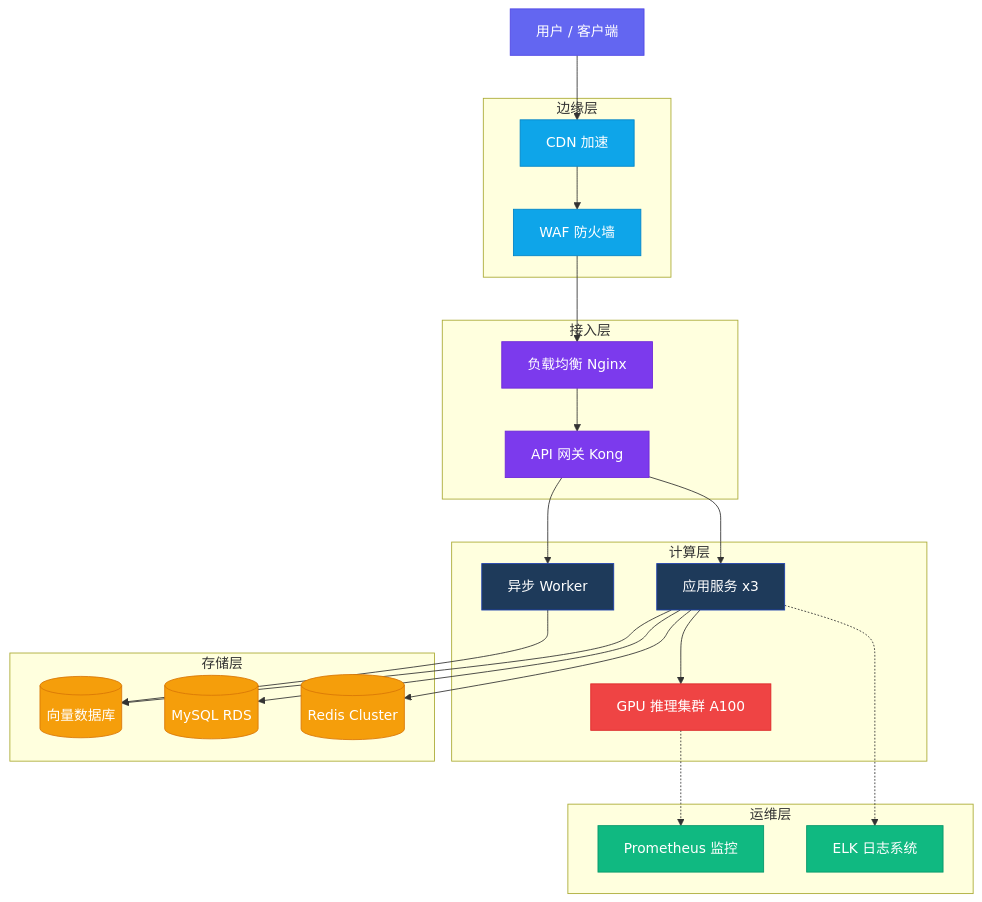
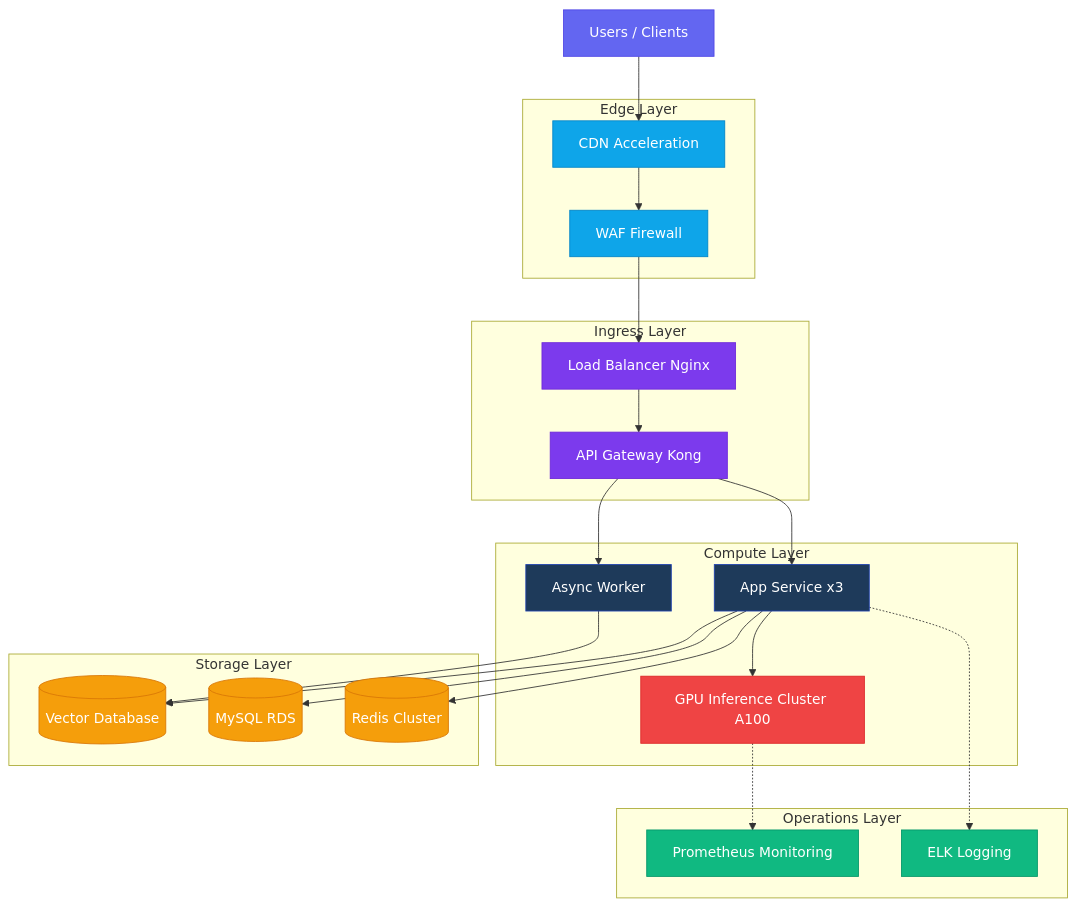
Before and after one commit to lohasle/diagram-architect.skill: the third of 4 diagrams in README.md, drawn with Mermaid. The commit also changed other lines of this file and 2 other files, not shown here.

````diff
--- a/README.md
+++ b/README.md
@@ -146,43 +148,43 @@
 ```mermaid
 flowchart TD
-    USERS["用户 / 客户端"]:::u
-    subgraph EDGE["边缘层"]
-        CDN["CDN 加速"]:::e
-        WAF["WAF 防火墙"]:::e
+    USERS["Users / Clients"]:::u
+    subgraph EDGE["Edge Layer"]
+        CDN["CDN Acceleration"]:::e
+        WAF["WAF Firewall"]:::e
     end
-    subgraph PLATFORM["接入层"]
-        LB["负载均衡 Nginx"]:::p
-        GW["API 网关 Kong"]:::p
+    subgraph PLATFORM["Ingress Layer"]
+        LB["Load Balancer Nginx"]:::p
+        GW["API Gateway Kong"]:::p
     end
-    subgraph COMPUTE["计算层"]
-        APP["应用服务 x3"]:::c
-        GPU["GPU 推理集群 A100"]:::gpu
-        WORKER["异步 Worker"]:::c
+    subgraph COMPUTE["Compute Layer"]
+        APP["App Service x3"]:::c
+        GPU["GPU Inference Cluster A100"]:::gpu
+        WORKER["Async Worker"]:::c
     end
-    subgraph INFRA["存储层"]
-        VDB[("向量数据库")]:::d
+    subgraph INFRA["Storage Layer"]
+        VDB[("Vector Database")]:::d
         RDS[("MySQL RDS")]:::d
         REDIS[("Redis Cluster")]:::d
     end
-    subgraph OPS["运维层"]
-        MON["Prometheus 监控"]:::o
-        LOG["ELK 日志系统"]:::o
+    subgraph OPS["Operations Layer"]
+        MON["Prometheus Monitoring"]:::o
+        LOG["ELK Logging"]:::o
     end
     USERS --> CDN --> WAF --> LB --> GW
     GW --> APP
     GW --> WORKER
     APP --> GPU
     APP --> VDB
     APP --> RDS
     APP --> REDIS
     WORKER --> VDB
     GPU -.-> MON
     APP -.-> LOG
     classDef u fill:#6366f1,stroke:#4f46e5,color:#fff
     classDef e fill:#0ea5e9,stroke:#0284c7,color:#fff
     classDef p fill:#7c3aed,stroke:#6d28d9,color:#fff
     classDef c fill:#1e3a5a,stroke:#1e40af,color:#fff
     classDef gpu fill:#ef4444,stroke:#dc2626,color:#fff
     classDef d fill:#f59e0b,stroke:#d97706,color:#fff
     classDef o fill:#10b981,stroke:#059669,color:#fff
 ```
````
